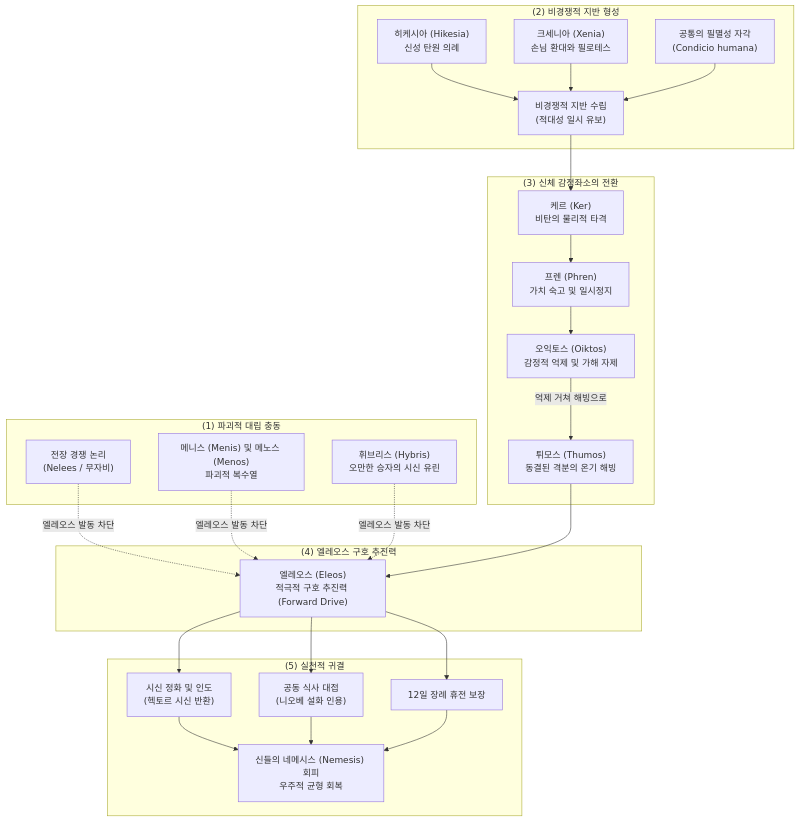
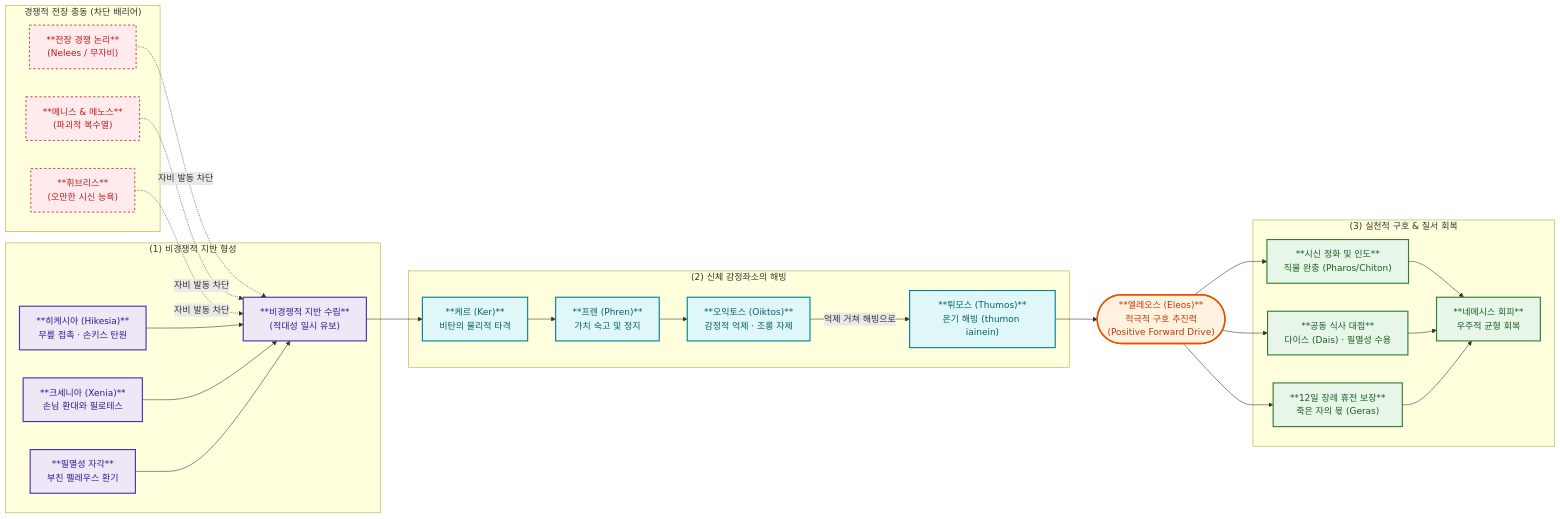
Before and after one commit to YgHnSIM/Homer_wiki: the diagram in wiki/concepts/concept-eleos.md, drawn with Mermaid. The commit also changed 2 other files, not shown here.

Commit message:
refactor(concepts): concept-eleos 머메이드 개편 및 가로스크롤 지원

````diff
--- a/wiki/concepts/concept-eleos.md
+++ b/wiki/concepts/concept-eleos.md
@@ -118,47 +118,61 @@
 ```mermaid
-flowchart TD
-    subgraph PolarConflict ["(1) 파괴적 대립 충동"]
-        WAR["전장 경쟁 논리<br/>(Nelees / 무자비)"]
-        MEN["메니스 (Menis) 및 메노스 (Menos)<br/>파괴적 복수열"]
-        HYB["휘브리스 (Hybris)<br/>오만한 승자의 시신 유린"]
+%%{init: {'flowchart': {'useMaxWidth': false}}}%%
+flowchart LR
+    %% 스타일 정의
+    classDef core fill:#FFF3E0,stroke:#E65100,stroke-width:2.5px,color:#BF360C;
+    classDef ground fill:#EDE7F6,stroke:#512DA8,stroke-width:2px,color:#311B92;
+    classDef psyche fill:#E0F7FA,stroke:#00838F,stroke-width:2px,color:#006064;
+    classDef action fill:#E8F5E9,stroke:#2E7D32,stroke-width:2px,color:#1B5E20;
+    classDef oppose fill:#FFEBEE,stroke:#C62828,stroke-width:1.5px,stroke-dasharray: 4 4,color:#B71C1C;
+
+    %% 1. 상단 대립/차단 축
+    subgraph S_OPP ["경쟁적 전장 충동 (차단 배리어)"]
+        WAR["**전장 경쟁 논리**<br/>(Nelees / 무자비)"]:::oppose
+        MEN["**메니스 & 메노스**<br/>(파괴적 복수열)"]:::oppose
+        HYB["**휘브리스**<br/>(오만한 시신 능욕)"]:::oppose
     end
 
-    subgraph GroundStage ["(2) 비경쟁적 지반 형성"]
-        HIK["히케시아 (Hikesia)<br/>신성 탄원 의례"]
-        XEN["크세니아 (Xenia)<br/>손님 환대와 필로테스"]
-        MORT["공통의 필멸성 자각<br/>(Condicio humana)"]
-        GND["비경쟁적 지반 수립<br/>(적대성 일시 유보)"]
+    %% 2. 비경쟁적 지반
+    subgraph S_GND ["(1) 비경쟁적 지반 형성"]
+        HIK["**히케시아 (Hikesia)**<br/>무릎 접촉 · 손키스 탄원"]:::ground
+        XEN["**크세니아 (Xenia)**<br/>손님 환대와 필로테스"]:::ground
+        MORT["**필멸성 자각**<br/>부친 펠레우스 환기"]:::ground
+        GND["**비경쟁적 지반 수립**<br/>(적대성 일시 유보)"]:::ground
     end
 
-    subgraph InternalProcess ["(3) 신체 감정좌소의 전환"]
-        KER["케르 (Ker)<br/>비탄의 물리적 타격"]
-        PH["프렌 (Phren)<br/>가치 숙고 및 일시정지"]
-        OIK["오익토스 (Oiktos)<br/>감정적 억제 및 가해 자제"]
-        THU["튀모스 (Thumos)<br/>동결된 격분의 온기 해빙"]
+    %% 3. 신체 감정좌소의 전환
+    subgraph S_PSY ["(2) 신체 감정좌소의 해빙"]
+        KER["**케르 (Ker)**<br/>비탄의 물리적 타격"]:::psyche
+        PH["**프렌 (Phren)**<br/>가치 숙고 및 정지"]:::psyche
+        OIK["**오익토스 (Oiktos)**<br/>감정적 억제 · 조롱 자제"]:::psyche
+        THU["**튀모스 (Thumos)**<br/>온기 해빙 (thumon iainein)"]:::psyche
     end
 
-    subgraph PositiveDrive ["(4) 엘레오스 구호 추진력"]
-        ELE["엘레오스 (Eleos)<br/>적극적 구호 추진력 (Forward Drive)"]
+    %% 4. 중심 추진력
+    ELE(["**엘레오스 (Eleos)**<br/>적극적 구호 추진력<br/>(Positive Forward Drive)"]):::core
+
+    %% 5. 실천적 귀결
+    subgraph S_ACT ["(3) 실천적 구호 & 질서 회복"]
+        ACT1["**시신 정화 및 인도**<br/>직물 완충 (Pharos/Chiton)"]:::action
+        ACT2["**공동 식사 대접**<br/>다이스 (Dais) · 필멸성 수용"]:::action
+        ACT3["**12일 장례 휴전 보장**<br/>죽은 자의 몫 (Geras)"]:::action
+        SAN["**네메시스 회피**<br/>우주적 균형 회복"]:::action
     end
 
-    subgraph RestorativeAction ["(5) 실천적 귀결"]
-        ACT1["시신 정화 및 인도<br/>(헥토르 시신 반환)"]
-        ACT2["공동 식사 대접<br/>(니오베 설화 인용)"]
-        ACT3["12일 장례 휴전 보장"]
-        SAN["신들의 네메시스 (Nemesis) 회피<br/>우주적 균형 회복"]
-    end
+    %% 억제 차단선
+    WAR & MEN & HYB -.->|"자비 발동 차단"| GND
 
-    WAR & MEN & HYB -.->|"엘레오스 발동 차단"| ELE
-
+    %% 메인 파이프라인
     HIK & XEN & MORT --> GND
     GND --> KER
     KER --> PH
     PH --> OIK
     OIK -->|"억제 거쳐 해빙으로"| THU
     THU --> ELE
 
+    %% 구호 실천 전개
     ELE --> ACT1
     ELE --> ACT2
     ELE --> ACT3
     ACT1 & ACT2 & ACT3 --> SAN
 ```
````
